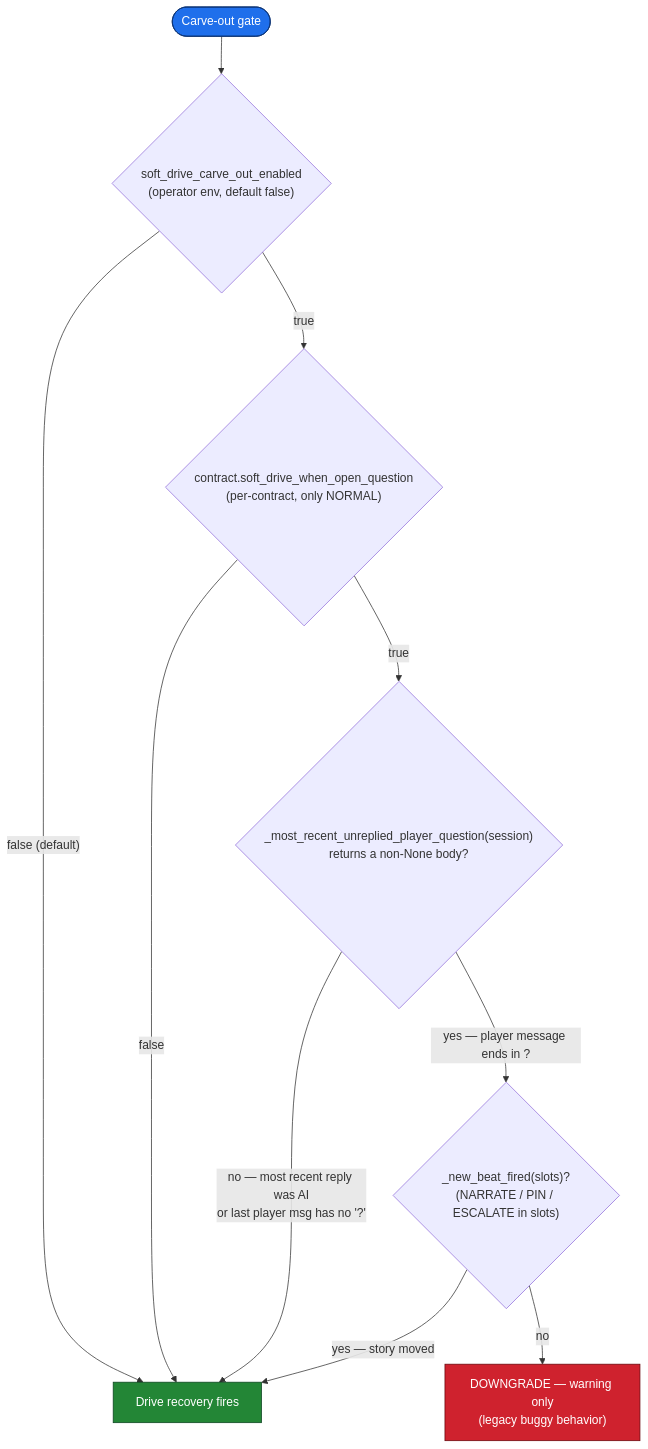
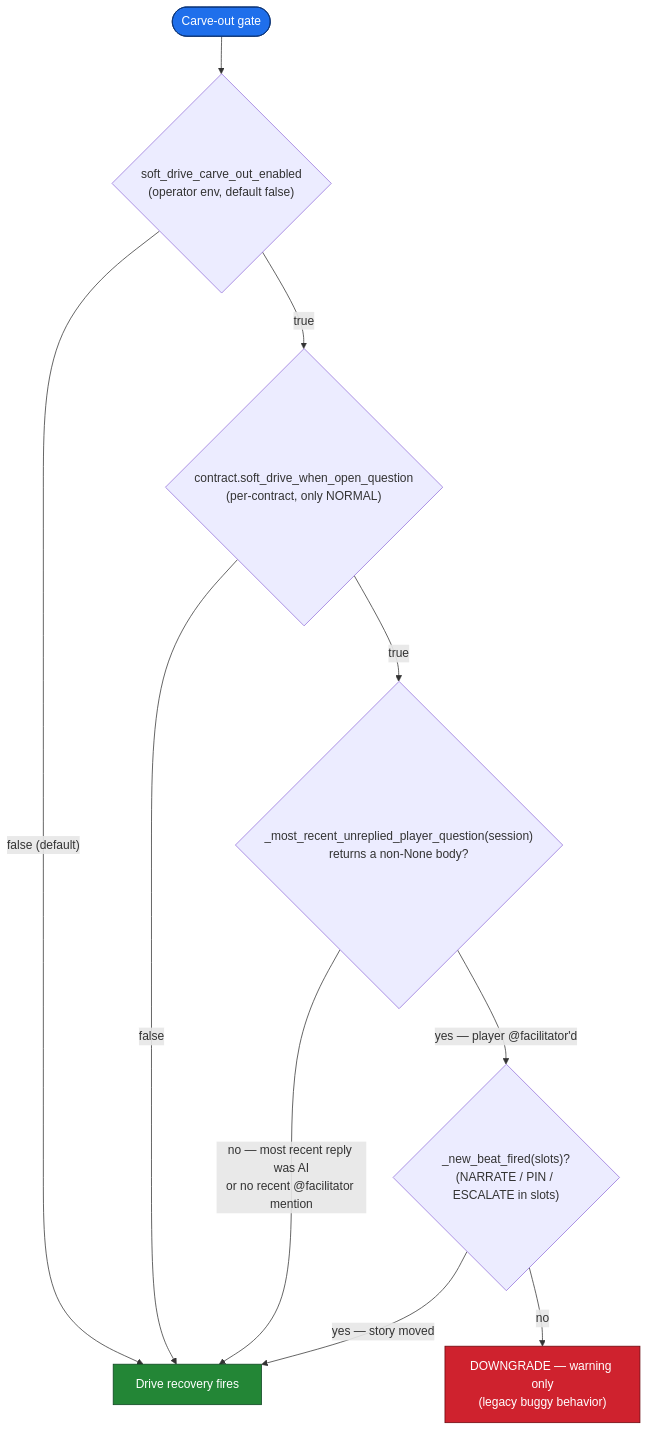
One commit to nebriv/Crittable changed the sixth of 13 diagrams in docs/turn-lifecycle.md. Above: the diagram before and after it, drawn with Mermaid. The commit also changed other lines of this file and 29 other files, not shown here.

````diff
--- a/docs/turn-lifecycle.md
+++ b/docs/turn-lifecycle.md
@@ -495,18 +506,18 @@
 ```mermaid
 flowchart TD
     G([Carve-out gate]):::start
 
     G --> A1{"soft_drive_carve_out_enabled<br/>(operator env, default false)"}
     A1 -- "false (default)" --> Recover[Drive recovery fires]:::recover
     A1 -- "true" --> A2{"contract.soft_drive_when_open_question<br/>(per-contract, only NORMAL)"}
     A2 -- "false" --> Recover
     A2 -- "true" --> A3{"_most_recent_unreplied_player_question(session)<br/>returns a non-None body?"}
-    A3 -- "no — most recent reply was AI<br/>or last player msg has no '?'" --> Recover
-    A3 -- "yes — player message ends in ?" --> A4{"_new_beat_fired(slots)?<br/>(NARRATE / PIN / ESCALATE in slots)"}
+    A3 -- "no — most recent reply was AI<br/>or no recent @facilitator mention" --> Recover
+    A3 -- "yes — player @facilitator'd" --> A4{"_new_beat_fired(slots)?<br/>(NARRATE / PIN / ESCALATE in slots)"}
     A4 -- "yes — story moved" --> Recover
     A4 -- "no" --> Downgrade["DOWNGRADE — warning only<br/>(legacy buggy behavior)"]:::downgrade
 
     classDef start fill:#1f6feb,stroke:#0a3070,color:#fff
     classDef recover fill:#238636,stroke:#0d4321,color:#fff
     classDef downgrade fill:#cf222e,stroke:#67060c,color:#fff
 ```
````
